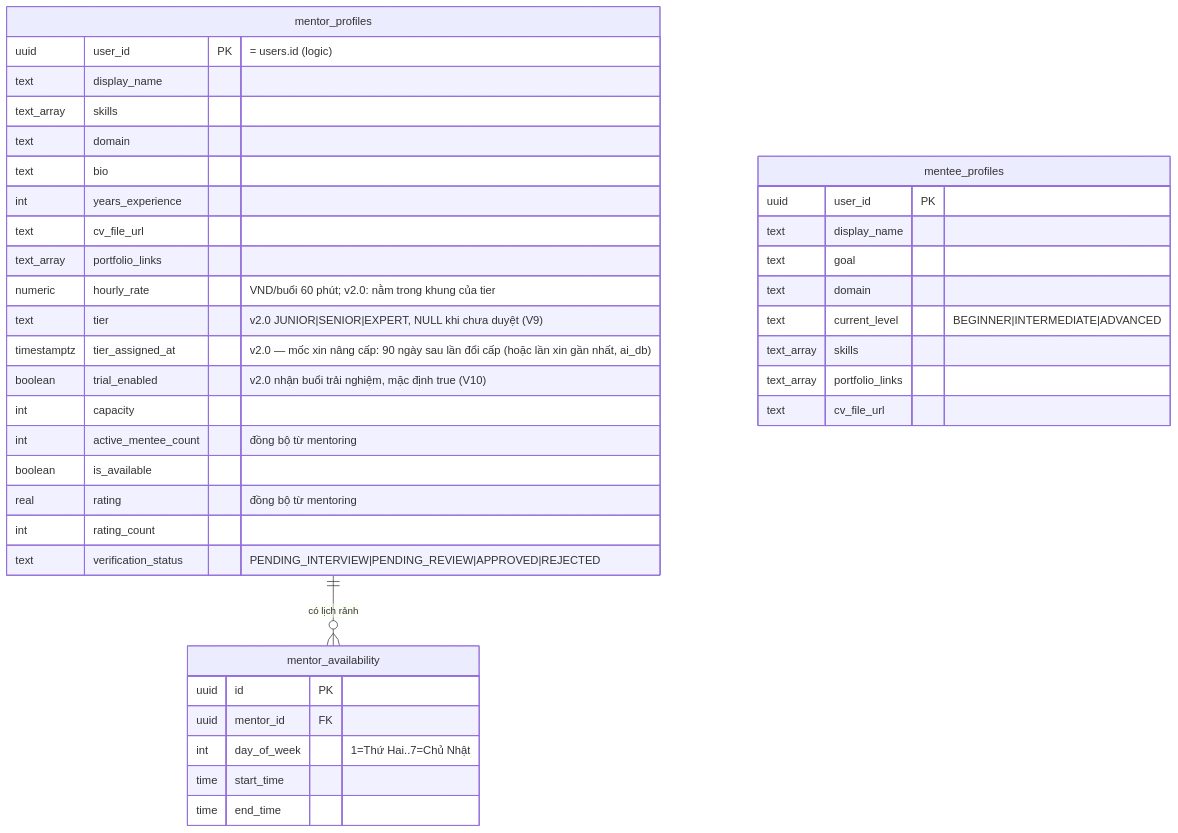
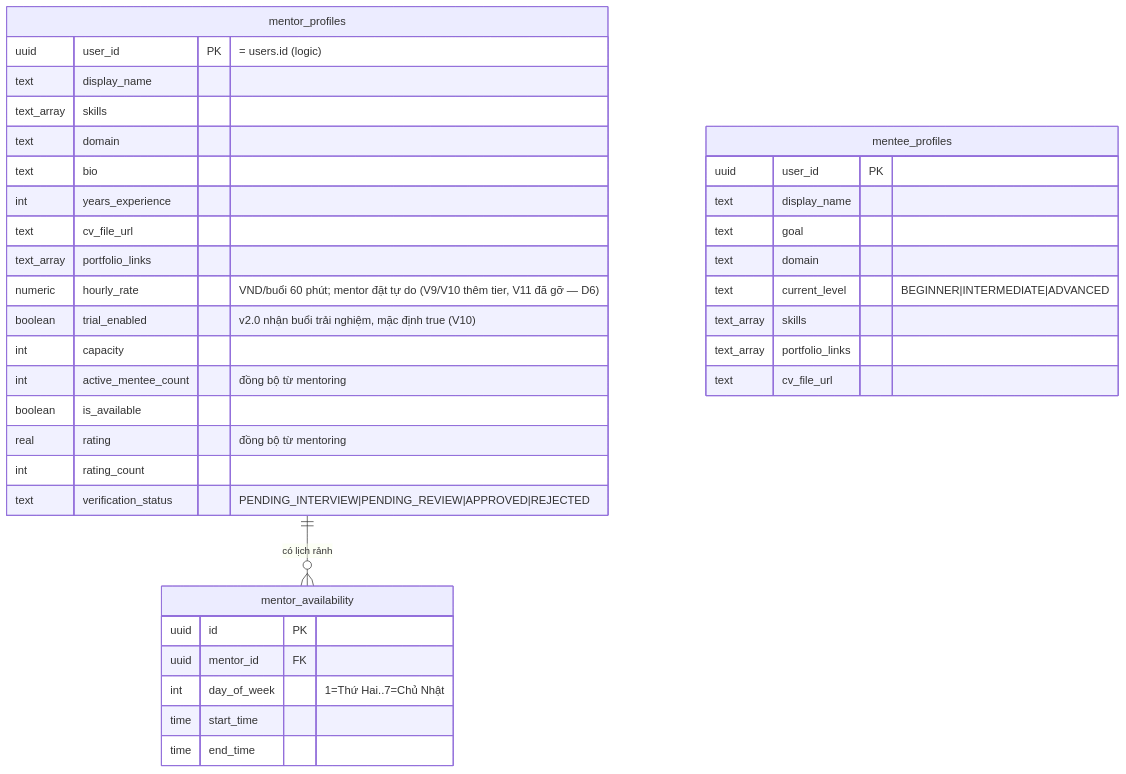
One commit to quangpham10212004/do_an_2026 changed the second of 8 diagrams in docs/database-design.md. Above: the diagram before and after it, drawn with Mermaid. The commit also changed other lines of this file and 51 other files, not shown here.

First line of the commit message:
refactor(verification): gỡ cấp độ mentor (tier), chuyển sang giá tự do

````diff
--- a/docs/database-design.md
+++ b/docs/database-design.md
@@ -64,41 +64,39 @@
 ```mermaid
 erDiagram
     mentor_profiles ||--o{ mentor_availability : "có lịch rảnh"
     mentor_profiles {
         uuid user_id PK "= users.id (logic)"
         text display_name
         text_array skills
         text domain
         text bio
         int years_experience
         text cv_file_url
         text_array portfolio_links
-        numeric hourly_rate "VND/buổi 60 phút; v2.0: nằm trong khung của tier"
-        text tier "v2.0 JUNIOR|SENIOR|EXPERT, NULL khi chưa duyệt (V9)"
-        timestamptz tier_assigned_at "v2.0 — mốc xin nâng cấp: 90 ngày sau lần đổi cấp (hoặc lần xin gần nhất, ai_db)"
+        numeric hourly_rate "VND/buổi 60 phút; mentor đặt tự do (V9/V10 thêm tier, V11 đã gỡ — D6)"
         boolean trial_enabled "v2.0 nhận buổi trải nghiệm, mặc định true (V10)"
         int capacity
         int active_mentee_count "đồng bộ từ mentoring"
         boolean is_available
         real rating "đồng bộ từ mentoring"
         int rating_count
         text verification_status "PENDING_INTERVIEW|PENDING_REVIEW|APPROVED|REJECTED"
     }
     mentee_profiles {
         uuid user_id PK
         text display_name
         text goal
         text domain
         text current_level "BEGINNER|INTERMEDIATE|ADVANCED"
         text_array skills
         text_array portfolio_links
         text cv_file_url
     }
     mentor_availability {
         uuid id PK
         uuid mentor_id FK
         int day_of_week "1=Thứ Hai..7=Chủ Nhật"
         time start_time
         time end_time
     }
 ```
````
